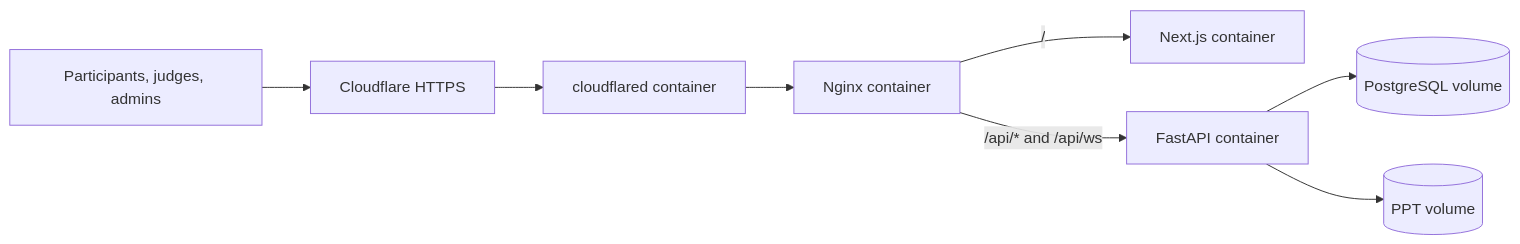
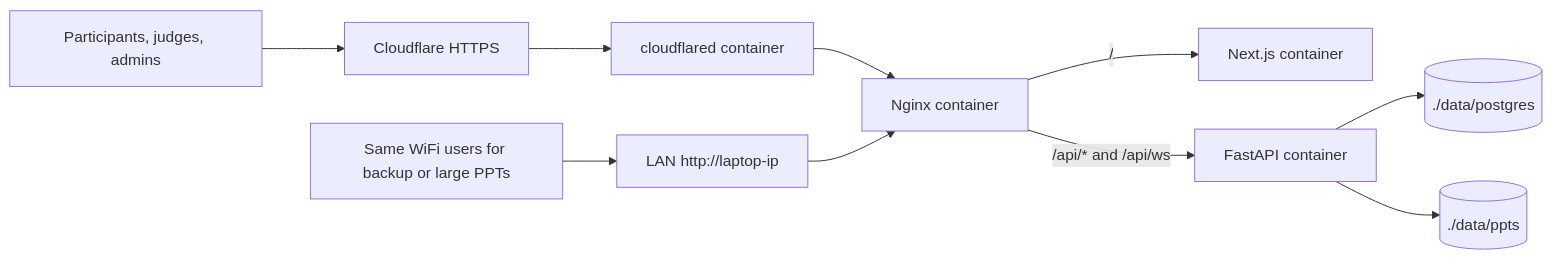
The diagram in docs/DEPLOY_WINDOWS_11_CLOUDFLARE.md (OmegaThePoggers/IETE-SF-Digihunt), drawn with Mermaid before and after one commit. The commit also changed other lines of this file and 5 other files, not shown here.

````diff
--- a/docs/DEPLOY_WINDOWS_11_CLOUDFLARE.md
+++ b/docs/DEPLOY_WINDOWS_11_CLOUDFLARE.md
@@ -9,10 +19,12 @@
 ```mermaid
 flowchart LR
   users[Participants, judges, admins] --> cf[Cloudflare HTTPS]
   cf --> tunnel[cloudflared container]
   tunnel --> nginx[Nginx container]
+  users2[Same WiFi users for backup or large PPTs] --> lan[LAN http://laptop-ip]
+  lan --> nginx
   nginx -->|/| frontend[Next.js container]
   nginx -->|/api/* and /api/ws| backend[FastAPI container]
-  backend --> db[(PostgreSQL volume)]
-  backend --> ppts[(PPT volume)]
+  backend --> db[(./data/postgres)]
+  backend --> ppts[(./data/ppts)]
 ```
````
